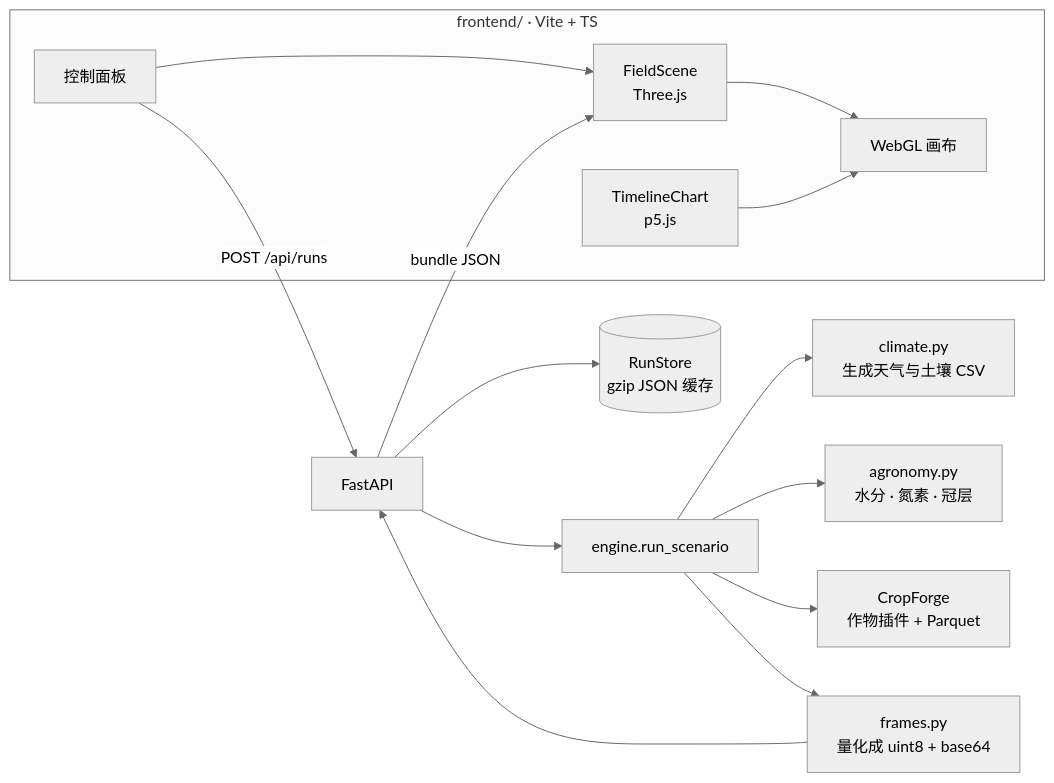
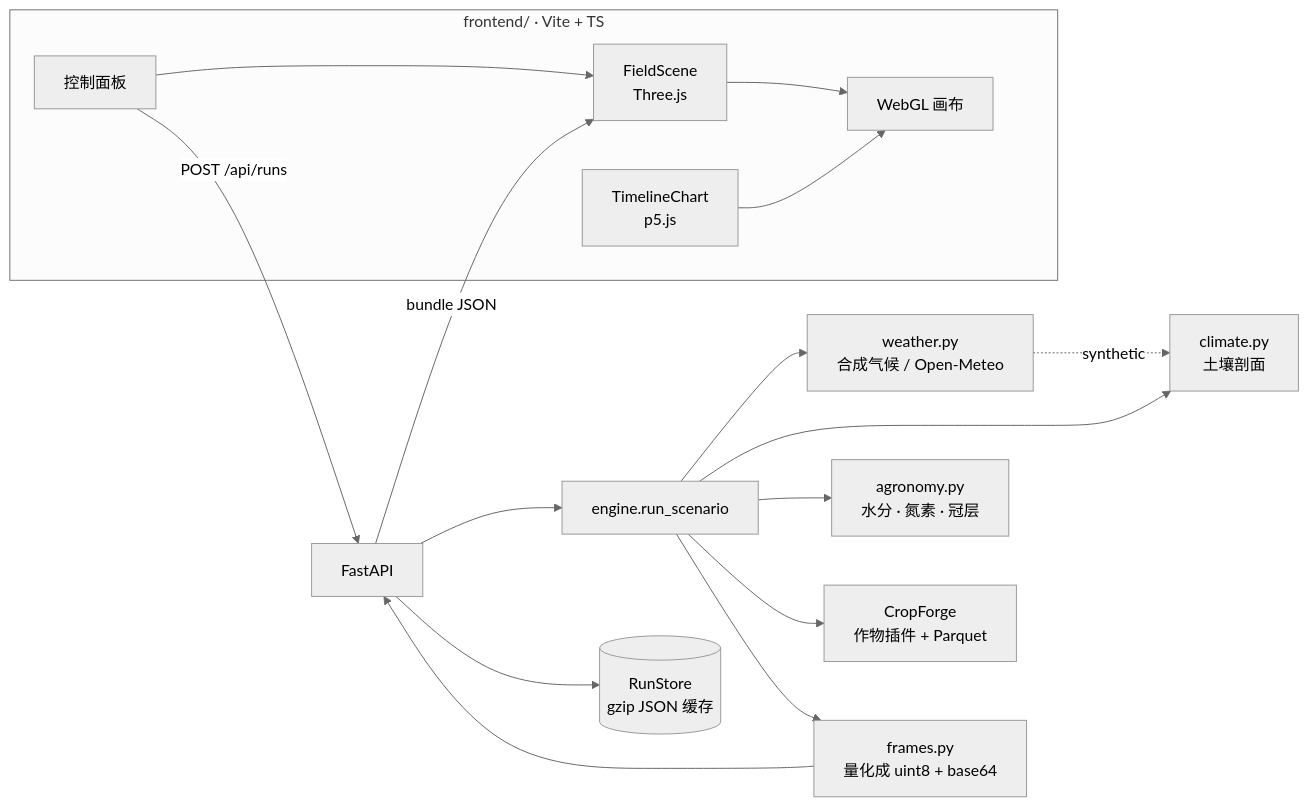
Before and after one commit to ivaquero/rancho: the diagram in README.md, drawn with Mermaid (neutral theme). The commit also changed other lines of this file and 17 other files, not shown here.

````diff
--- a/README.md
+++ b/README.md
@@ -82,17 +195,19 @@
 ```mermaid
 flowchart LR
     subgraph Client["frontend/ · Vite + TS"]
         S[FieldScene<br/>Three.js] --> R[WebGL 画布]
         C[TimelineChart<br/>p5.js] --> R
         U[控制面板] --> S
     end
     U -->|POST /api/runs| A[FastAPI]
     A --> E[engine.run_scenario]
-    E --> W[climate.py<br/>生成天气与土壤 CSV]
+    E --> W[weather.py<br/>合成气候 / Open-Meteo]
+    E --> L[climate.py<br/>土壤剖面]
+    W -.->|synthetic| L
     E --> G[agronomy.py<br/>水分 · 氮素 · 冠层]
     E --> F[CropForge<br/>作物插件 + Parquet]
     E --> B[frames.py<br/>量化成 uint8 + base64]
     B --> A
     A -->|bundle JSON| S
     A --> K[(RunStore<br/>gzip JSON 缓存)]
 ```
````
